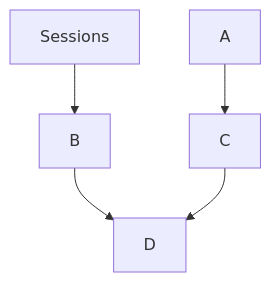
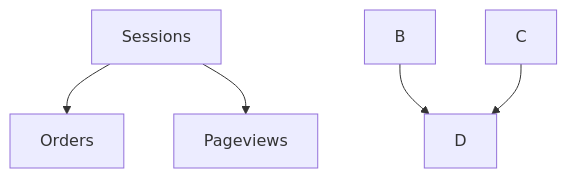
The diagram in README.md (walidmedani/SQL-Web_Analytics), drawn with Mermaid before and after one commit.

````diff
--- a/README.md
+++ b/README.md
@@ -14,7 +14,7 @@
 ```mermaid
 graph TD;
-    Sessions-->B;
-    A-->C;
+    Sessions-->Orders;
+    Sessions-->Pageviews;
     B-->D;
     C-->D;
 ```
````
